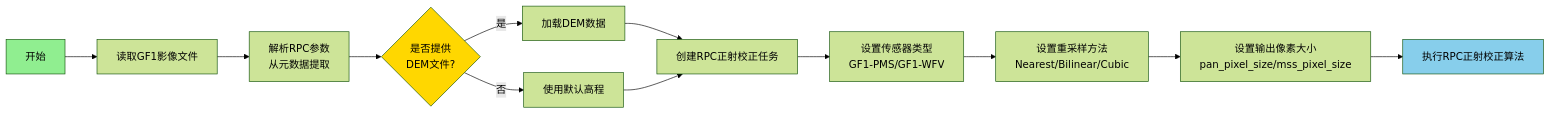
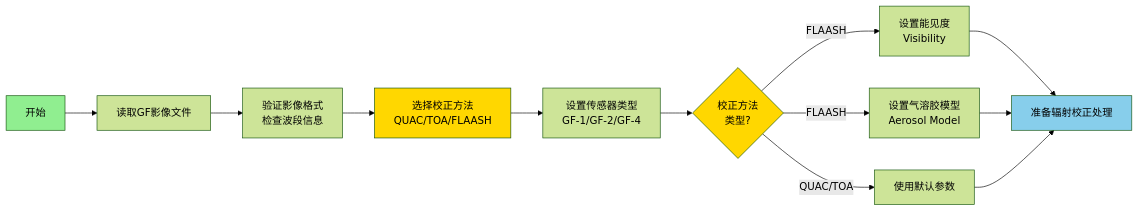
Before and after one commit to fashionfu/ENVI_IDL: the first of 6 diagrams in 学习过程/12月第二周工作计划.md, drawn with Mermaid (forest theme). The commit also changed other lines of this file, not shown here.

````diff
--- a/学习过程/12月第二周工作计划.md
+++ b/学习过程/12月第二周工作计划.md
@@ -91,18 +91,19 @@
 ```mermaid
 flowchart LR
-    A[开始] --> B[读取GF1影像文件]
-    B --> C[解析RPC参数<br/>从元数据提取]
-    C --> D{是否提供<br/>DEM文件?}
-    D -->|是| E[加载DEM数据]
-    D -->|否| F[使用默认高程]
-    E --> G[创建RPC正射校正任务]
-    F --> G
-    G --> H[设置传感器类型<br/>GF1-PMS/GF1-WFV]
-    H --> I[设置重采样方法<br/>Nearest/Bilinear/Cubic]
-    I --> J[设置输出像素大小<br/>pan_pixel_size/mss_pixel_size]
-    J --> K[执行RPC正射校正算法]
+    A[开始] --> B[读取GF影像文件]
+    B --> C[验证影像格式<br/>检查波段信息]
+    C --> D[选择校正方法<br/>QUAC/TOA/FLAASH]
+    D --> E[设置传感器类型<br/>GF-1/GF-2/GF-4]
+    E --> F{校正方法<br/>类型?}
+    F -->|FLAASH| G[设置能见度<br/>Visibility]
+    F -->|FLAASH| H[设置气溶胶模型<br/>Aerosol Model]
+    F -->|QUAC/TOA| I[使用默认参数]
+    G --> J[准备辐射校正处理]
+    H --> J
+    I --> J
     
     style A fill:#90EE90
-    style K fill:#87CEEB
+    style J fill:#87CEEB
     style D fill:#FFD700
+    style F fill:#FFD700
 ```
````
